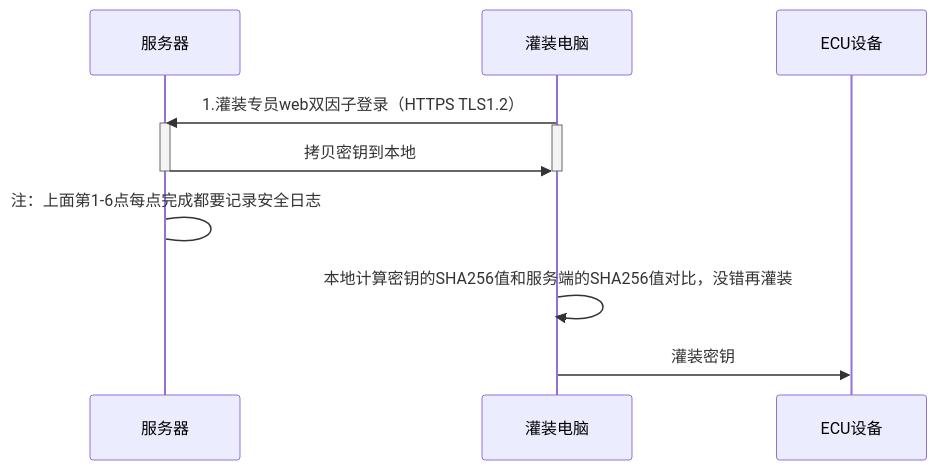
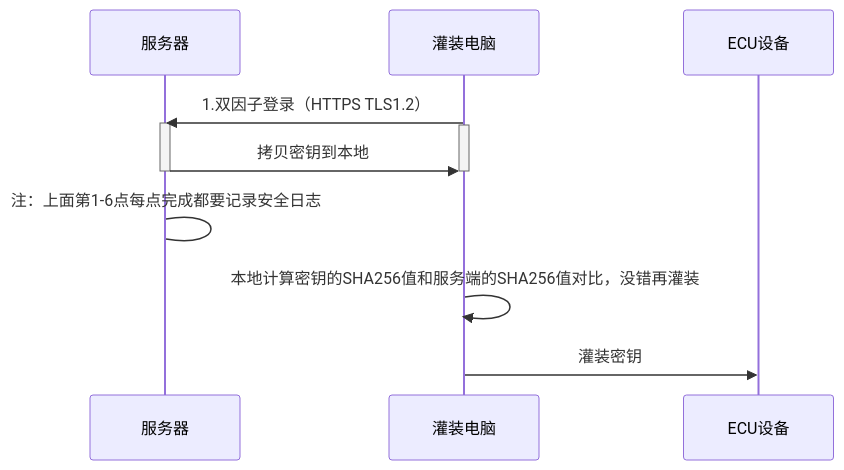
One commit to facebook-cloud/iodraw-files changed the diagram in all/未命名-23.md. Above: the diagram before and after it, drawn with Mermaid.

Commit message:
2026-04-15 17:07:16 update

````diff
--- a/all/未命名-23.md
+++ b/all/未命名-23.md
@@ -1,20 +1,19 @@
 ```mermaid
 sequenceDiagram
   
     participant B as 服务器
     participant D as 灌装电脑
     participant E as ECU设备
 
-    D->>B: 1.灌装专员web双因子登录（HTTPS TLS1.2）
+    D->>B: 1.双因子登录（HTTPS TLS1.2）
     activate B
     activate D
-
     B->>D: 拷贝密钥到本地
     deactivate B
     deactivate D
     B->B: 注：上面第1-6点每点完成都要记录安全日志
 
     D->>D:本地计算密钥的SHA256值和服务端的SHA256值对比，没错再灌装
     
     D->>E: 灌装密钥
 ```
````
